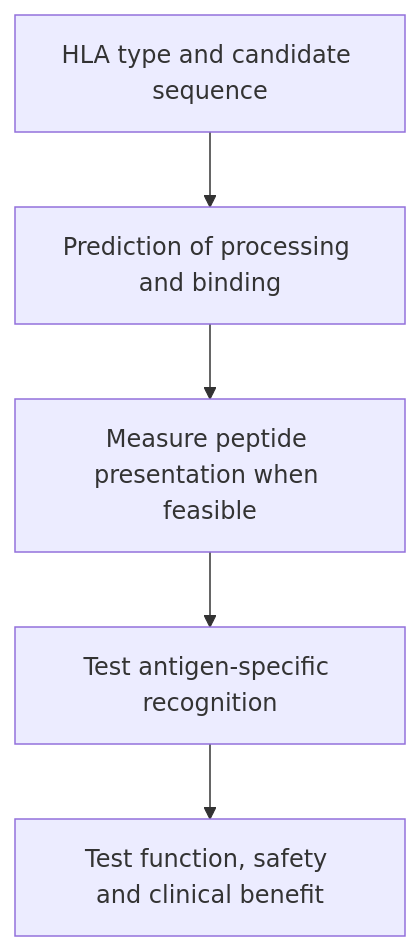
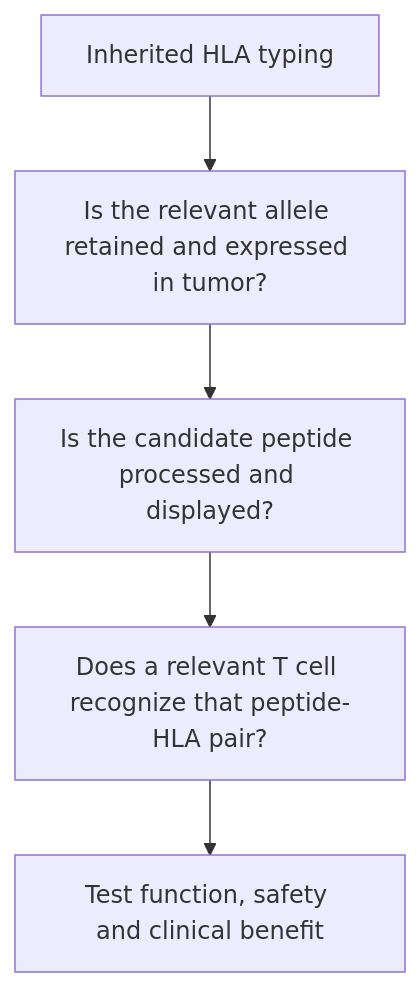
One commit to jasonLaster/oncoguide changed the diagram in wiki/education/designing-a-vaccine/02-hla-and-antigen-presentation.md. Above: the diagram before and after it, drawn with Mermaid. The commit also changed other lines of this file and 50 other files, not shown here.

````diff
--- a/wiki/education/designing-a-vaccine/02-hla-and-antigen-presentation.md
+++ b/wiki/education/designing-a-vaccine/02-hla-and-antigen-presentation.md
@@ -40,7 +58,7 @@
 ```mermaid
 flowchart TD
-  A[HLA type and candidate sequence] --> B[Prediction of processing and binding]
-  B --> C[Measure peptide presentation when feasible]
-  C --> D[Test antigen-specific recognition]
+  A[Inherited HLA typing] --> B[Is the relevant allele retained and expressed in tumor?]
+  B --> C[Is the candidate peptide processed and displayed?]
+  C --> D[Does a relevant T cell recognize that peptide-HLA pair?]
   D --> E[Test function, safety and clinical benefit]
 ```
````
